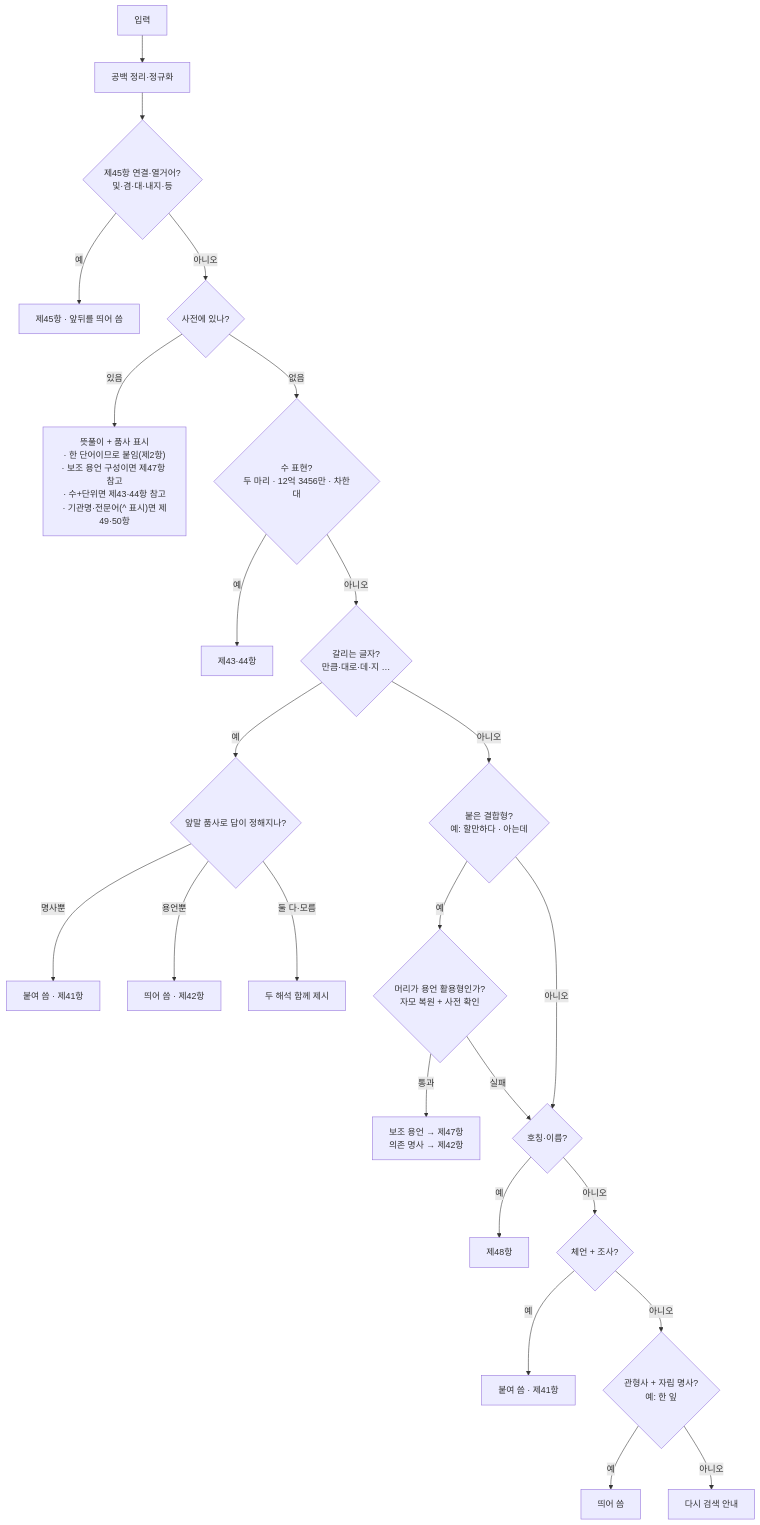
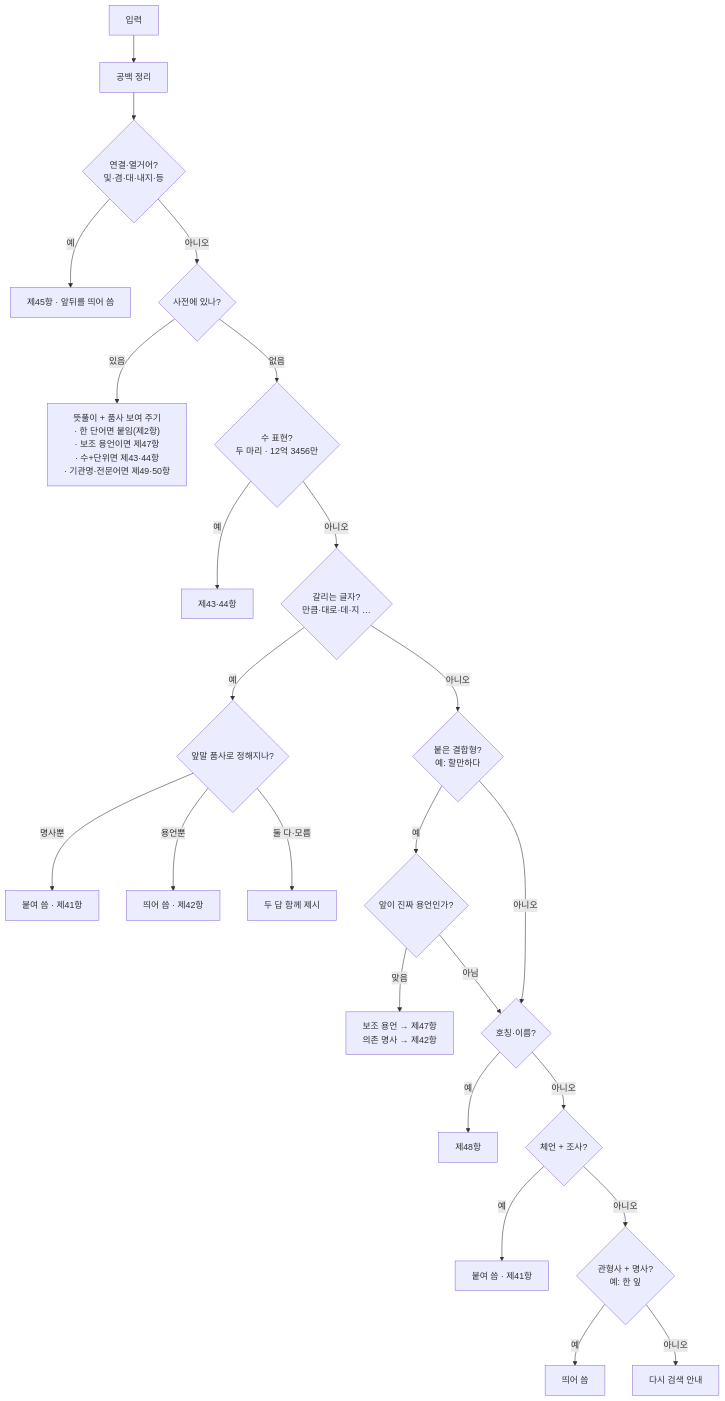
The diagram in README.md (sophie-linguist/korean-spacing), drawn with Mermaid before and after one commit. The commit also changed other lines of this file, not shown here.

````diff
--- a/README.md
+++ b/README.md
@@ -59,28 +55,28 @@
 ```mermaid
 flowchart TD
-    A[입력] --> B[공백 정리·정규화]
-    B --> C{"제45항 연결·열거어?<br/>및·겸·대·내지·등"}
+    A[입력] --> B[공백 정리]
+    B --> C{"연결·열거어?<br/>및·겸·대·내지·등"}
     C -- 예 --> C1[제45항 · 앞뒤를 띄어 씀]
     C -- 아니오 --> D{사전에 있나?}
 
-    D -- 있음 --> E["뜻풀이 + 품사 표시<br/>· 한 단어이므로 붙임(제2항)<br/>· 보조 용언 구성이면 제47항 참고<br/>· 수+단위면 제43·44항 참고<br/>· 기관명·전문어(^ 표시)면 제49·50항"]
+    D -- 있음 --> E["뜻풀이 + 품사 보여 주기<br/>· 한 단어면 붙임(제2항)<br/>· 보조 용언이면 제47항<br/>· 수+단위면 제43·44항<br/>· 기관명·전문어면 제49·50항"]
 
-    D -- 없음 --> F{"수 표현?<br/>두 마리 · 12억 3456만 · 차한대"}
+    D -- 없음 --> F{"수 표현?<br/>두 마리 · 12억 3456만"}
     F -- 예 --> F1[제43·44항]
     F -- 아니오 --> G{"갈리는 글자?<br/>만큼·대로·데·지 …"}
-    G -- 예 --> G1{앞말 품사로 답이 정해지나?}
+    G -- 예 --> G1{앞말 품사로 정해지나?}
     G1 -- 명사뿐 --> G2[붙여 씀 · 제41항]
     G1 -- 용언뿐 --> G3[띄어 씀 · 제42항]
-    G1 -- 둘 다·모름 --> G4[두 해석 함께 제시]
-    G -- 아니오 --> H{"붙은 결합형?<br/>예: 할만하다 · 아는데"}
-    H -- 예 --> H1{"머리가 용언 활용형인가?<br/>자모 복원 + 사전 확인"}
-    H1 -- 통과 --> H2["보조 용언 → 제47항<br/>의존 명사 → 제42항"]
-    H1 -- 실패 --> I
+    G1 -- 둘 다·모름 --> G4[두 답 함께 제시]
+    G -- 아니오 --> H{"붙은 결합형?<br/>예: 할만하다"}
+    H -- 예 --> H1{"앞이 진짜 용언인가?"}
+    H1 -- 맞음 --> H2["보조 용언 → 제47항<br/>의존 명사 → 제42항"]
+    H1 -- 아님 --> I
     H -- 아니오 --> I{호칭·이름?}
     I -- 예 --> I1[제48항]
     I -- 아니오 --> J{체언 + 조사?}
     J -- 예 --> J1[붙여 씀 · 제41항]
-    J -- 아니오 --> K{"관형사 + 자립 명사?<br/>예: 한 잎"}
+    J -- 아니오 --> K{"관형사 + 명사?<br/>예: 한 잎"}
     K -- 예 --> K1[띄어 씀]
     K -- 아니오 --> L[다시 검색 안내]
 ```
````
